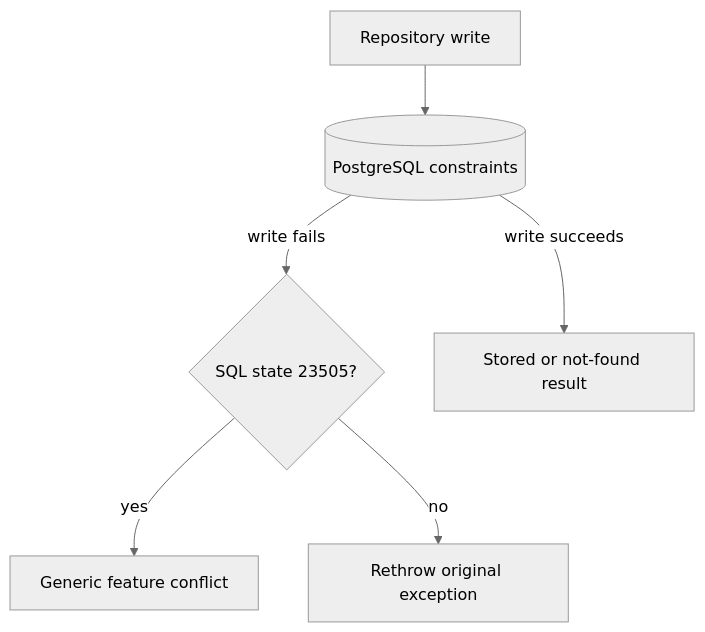
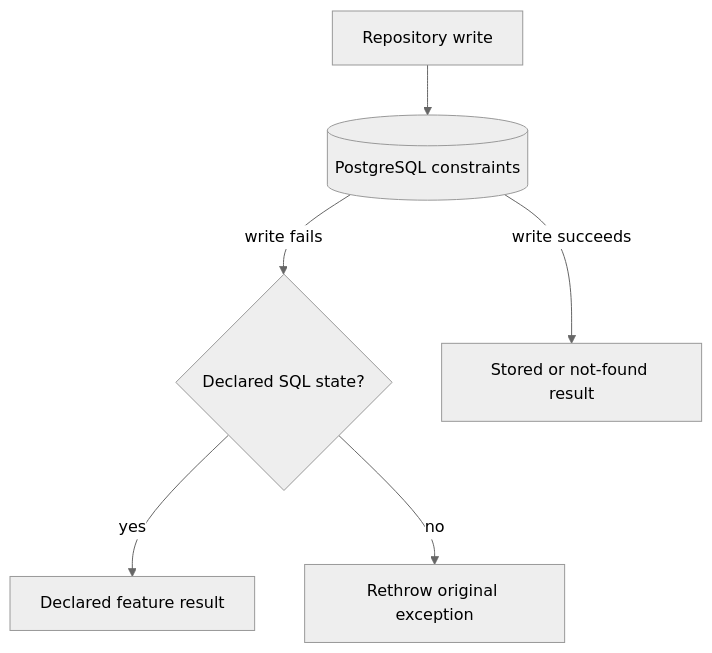
Before and after one commit to bitstorm-tech/voenix-shop-kotlin: the diagram in docs/dev/backend/persistence-error-handling.md, drawn with Mermaid (neutral theme). The commit also changed other lines of this file and 6 other files, not shown here.

````diff
--- a/docs/dev/backend/persistence-error-handling.md
+++ b/docs/dev/backend/persistence-error-handling.md
@@ -19,15 +20,15 @@
 ```mermaid
 flowchart TD
     Repository["Repository write"]
     Database[("PostgreSQL constraints")]
-    SqlState{"SQL state 23505?"}
+    SqlState{"Declared SQL state?"}
     Stored["Stored or not-found result"]
-    Conflict["Generic feature conflict"]
+    Expected["Declared feature result"]
     Unexpected["Rethrow original exception"]
 
     Repository --> Database
     Database -->|"write succeeds"| Stored
     Database -->|"write fails"| SqlState
-    SqlState -->|"yes"| Conflict
+    SqlState -->|"yes"| Expected
     SqlState -->|"no"| Unexpected
 ```
````
